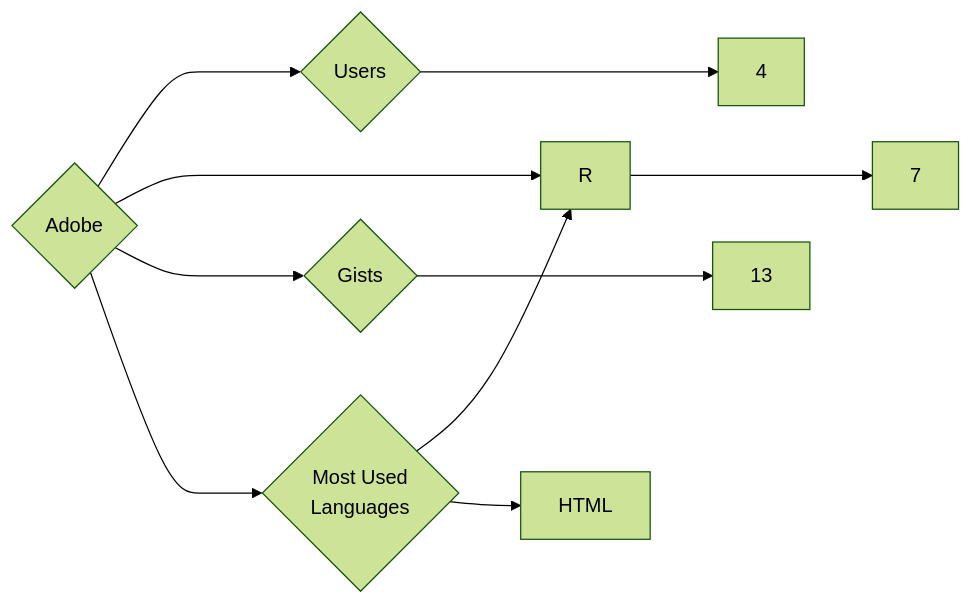
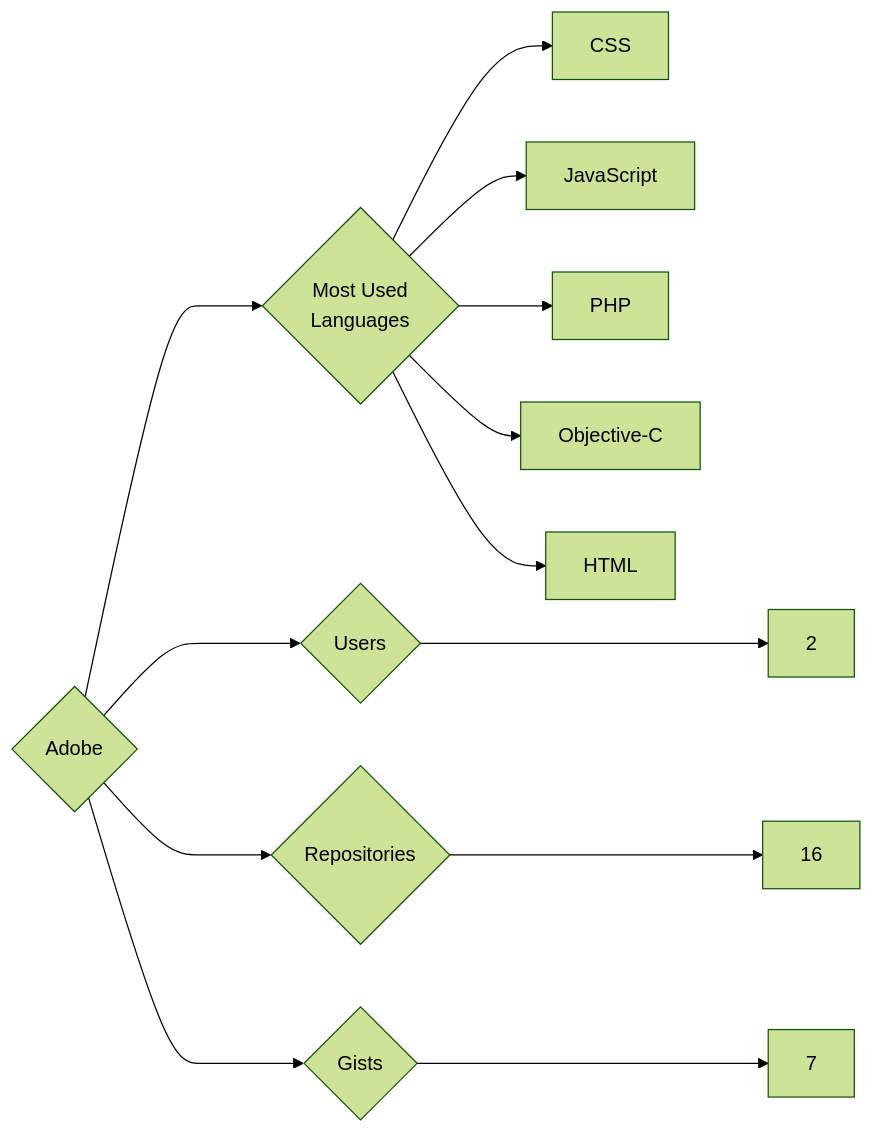
One commit to trickest/insiders changed the diagram in targets/Adobe/README.md. Above: the diagram before and after it, drawn with Mermaid (forest theme). The commit also changed 1078 other files, not shown here.

````diff
--- a/targets/Adobe/README.md
+++ b/targets/Adobe/README.md
@@ -3,10 +3,13 @@
 ```mermaid
 graph LR
 COMPANY_NAME{Adobe}
-COMPANY_NAME ---> U{Users} ---> UN[4]
-COMPANY_NAME ---> R{Repositories} ---> RN[7]
-COMPANY_NAME ---> G{Gists} ---> GN[13]
+COMPANY_NAME ---> U{Users} ---> UN[2]
+COMPANY_NAME ---> R{Repositories} ---> RN[16]
+COMPANY_NAME ---> G{Gists} ---> GN[7]
 COMPANY_NAME ---> ML{Most Used<br>Languages}
-ML --> R[R]
+ML --> CSS[CSS]
+ML --> JavaScript[JavaScript]
+ML --> PHP[PHP]
+ML --> Objective-C[Objective-C]
 ML --> HTML[HTML]
 ```
````
